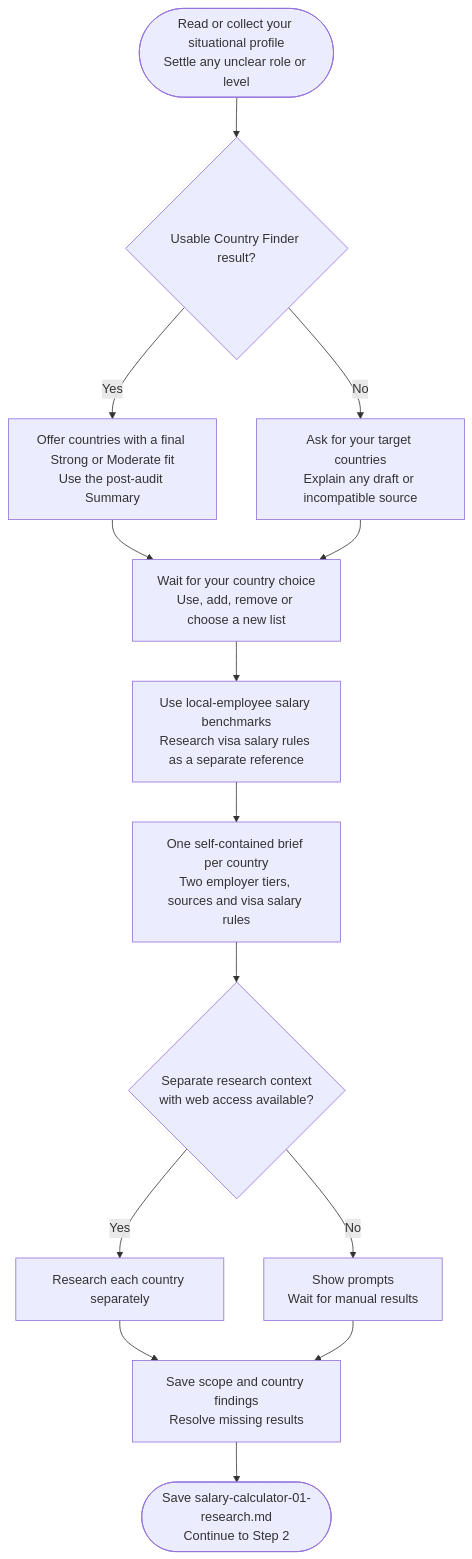
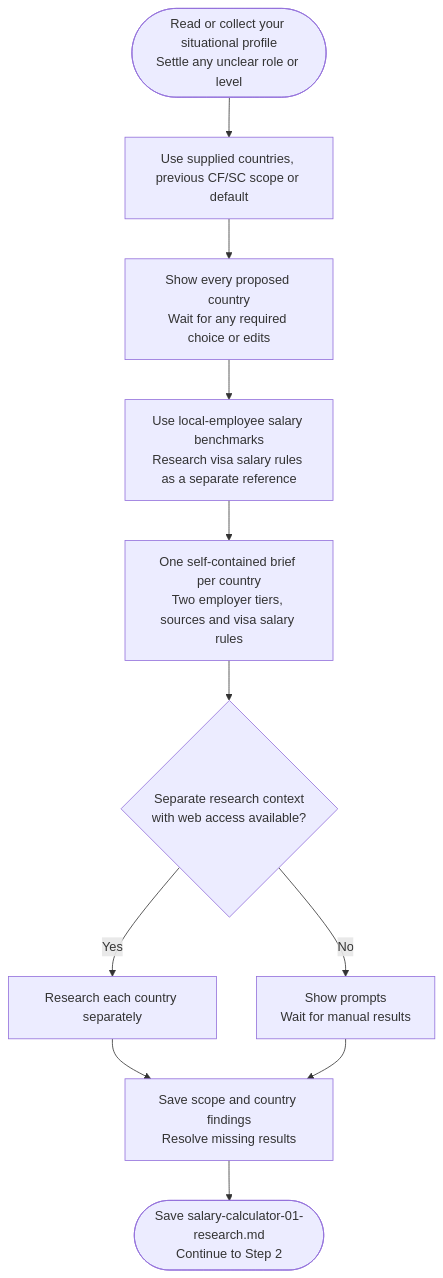
The diagram in docs/commands/salary-calculator/step1-research-prompt-generator/detailed.md (myowinthein/agent-compass), drawn with Mermaid before and after one commit. The commit also changed other lines of this file and 26 other files, not shown here.

````diff
--- a/docs/commands/salary-calculator/step1-research-prompt-generator/detailed.md
+++ b/docs/commands/salary-calculator/step1-research-prompt-generator/detailed.md
@@ -25,16 +26,13 @@
 ```mermaid
 flowchart TD
-  Start(["Read or collect your situational profile<br/>Settle any unclear role or level"]) --> CF{"Usable Country Finder result?"}
-  CF -->|Yes| Offer["Offer countries with a final Strong or Moderate fit<br/>Use the post-audit Summary"]
-  CF -->|No| ManualList["Ask for your target countries<br/>Explain any draft or incompatible source"]
-  Offer --> Confirm["Wait for your country choice<br/>Use, add, remove or choose a new list"]
-  ManualList --> Confirm
+  Start(["Read or collect your situational profile<br/>Settle any unclear role or level"]) --> Countries["Use supplied countries, previous CF/SC scope or default"]
+  Countries --> Confirm["Show every proposed country<br/>Wait for any required choice or edits"]
   Confirm --> Scope["Use local-employee salary benchmarks<br/>Research visa salary rules as a separate reference"]
   Scope --> Brief["One self-contained brief per country<br/>Two employer tiers, sources and visa salary rules"]
   Brief --> Cap{"Separate research context<br/>with web access available?"}
   Cap -->|Yes| Tasks["Research each country separately"]
   Cap -->|No| Manual["Show prompts<br/>Wait for manual results"]
   Tasks --> Collect["Save scope and country findings<br/>Resolve missing results"]
   Manual --> Collect
   Collect --> Next(["Save salary-calculator-01-research.md<br/>Continue to Step 2"])
 ```
````
